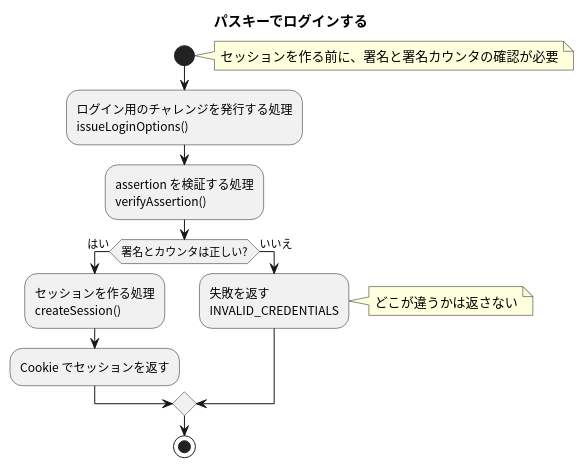
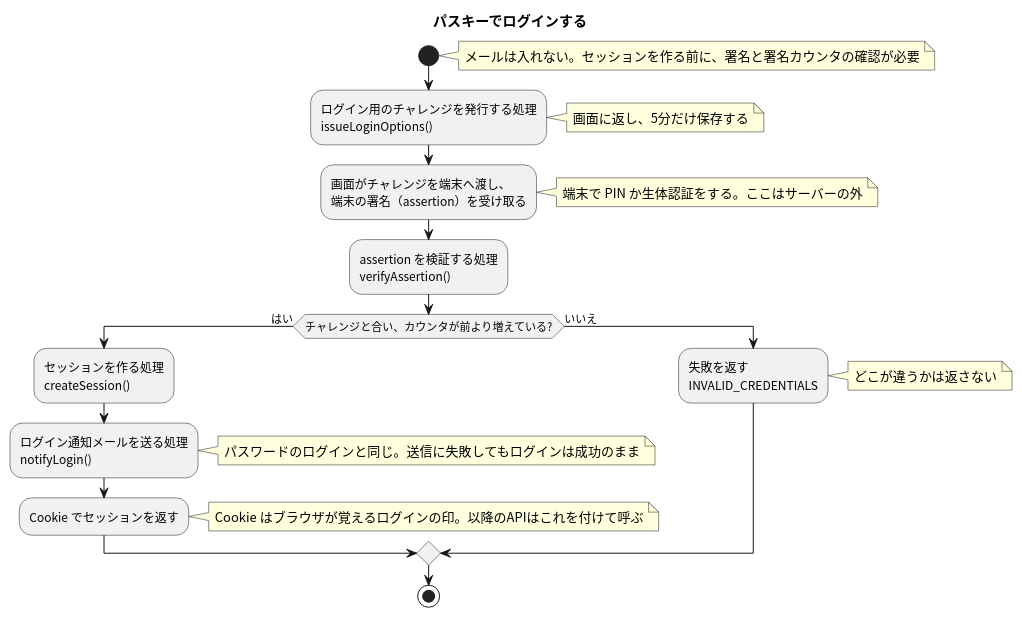
The diagram in apis/login-passkey/flow.puml (masamasamasato/design-doc-template), drawn with PlantUML before and after one commit. The commit also changed 108 other files, not shown here.

```diff
--- a/apis/login-passkey/flow.puml
+++ b/apis/login-passkey/flow.puml
@@ -3,20 +3,26 @@
 @startuml
 skinparam shadowing false
 skinparam defaultFontName "Noto Sans CJK JP"
 skinparam ActivityFontName "Noto Sans CJK JP"
 
 title パスキーでログインする
 
 start
-note right: セッションを作る前に、署名と署名カウンタの確認が必要
+note right: メールは入れない。セッションを作る前に、署名と署名カウンタの確認が必要
 :ログイン用のチャレンジを発行する処理\nissueLoginOptions();
+note right: 画面に返し、5分だけ保存する
+:画面がチャレンジを端末へ渡し、\n端末の署名（assertion）を受け取る;
+note right: 端末で PIN か生体認証をする。ここはサーバーの外
 :assertion を検証する処理\nverifyAssertion();
-if (署名とカウンタは正しい?) then (はい)
+if (チャレンジと合い、カウンタが前より増えている?) then (はい)
   :セッションを作る処理\ncreateSession();
+  :ログイン通知メールを送る処理\nnotifyLogin();
+  note right: パスワードのログインと同じ。送信に失敗してもログインは成功のまま
   :Cookie でセッションを返す;
+  note right: Cookie はブラウザが覚えるログインの印。以降のAPIはこれを付けて呼ぶ
 else (いいえ)
   :失敗を返す\nINVALID_CREDENTIALS;
   note right: どこが違うかは返さない
 endif
 stop
 @enduml
```
